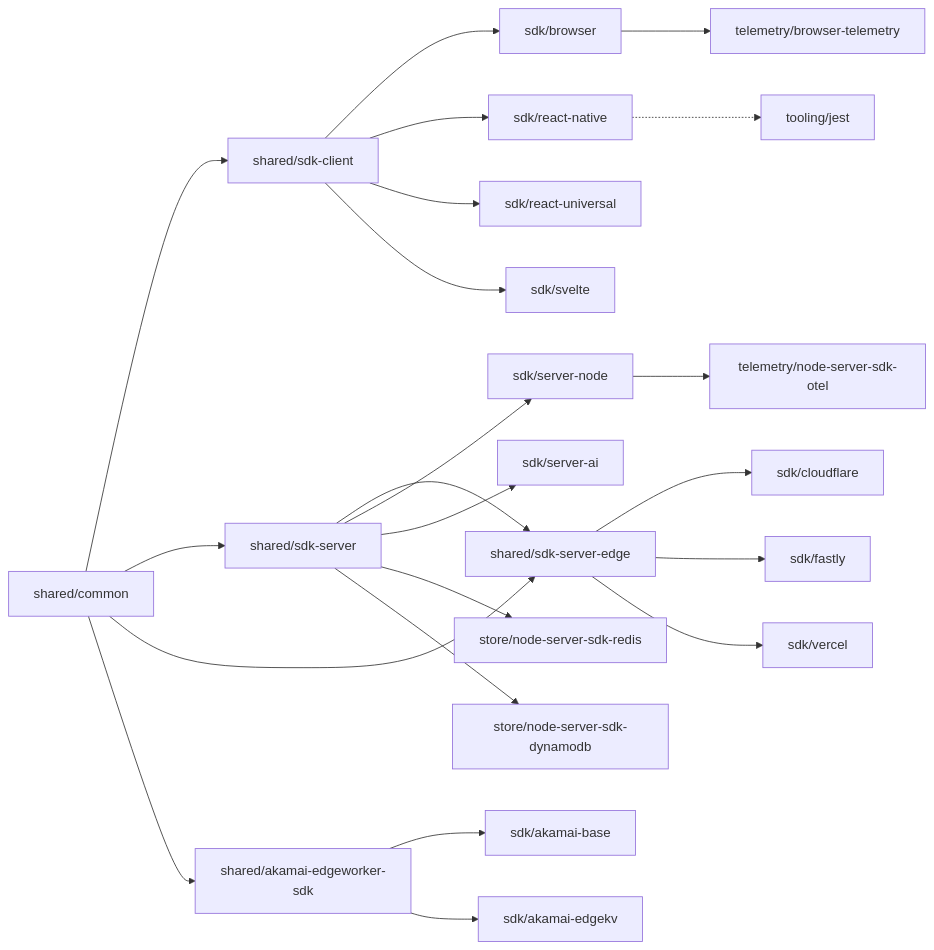
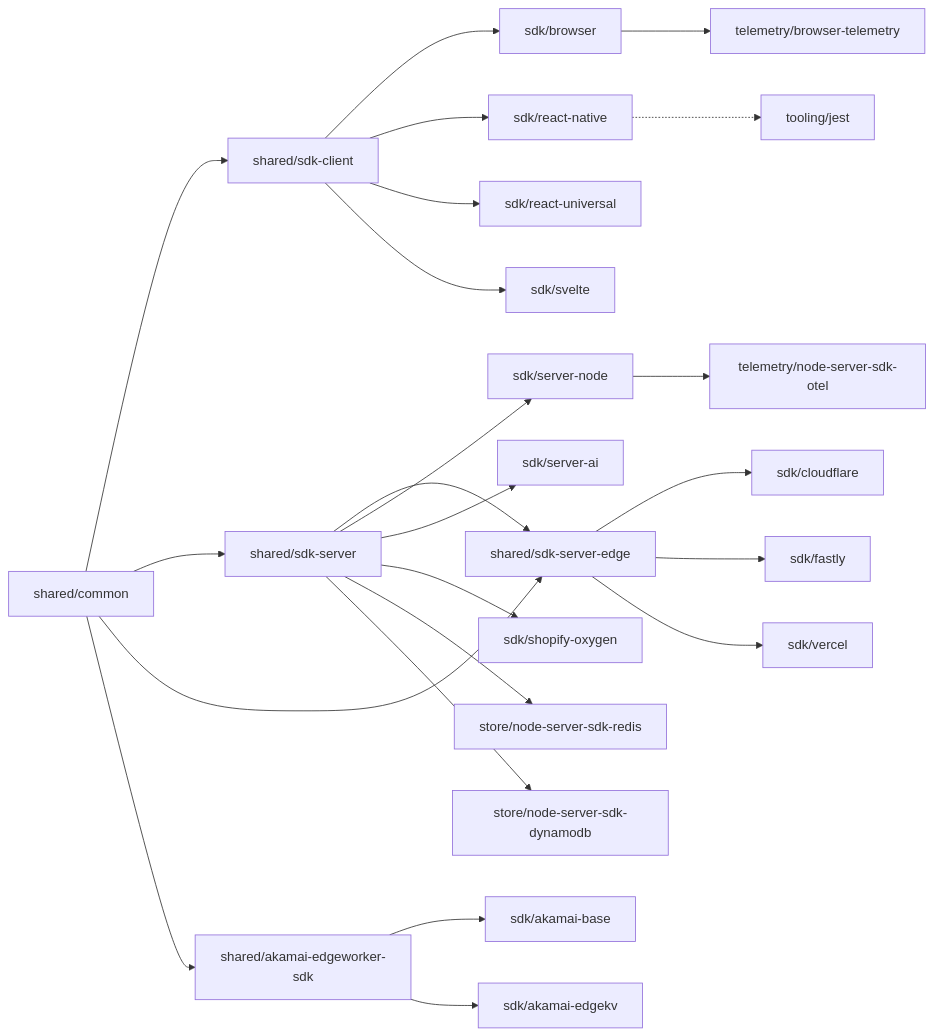
Before and after one commit to launchdarkly/js-core: the diagram in CONTRIBUTING.md, drawn with Mermaid. The commit also changed 2 other files, not shown here.

Commit message:
docs: adding oxygen to contributing docs

````diff
--- a/CONTRIBUTING.md
+++ b/CONTRIBUTING.md
@@ -146,73 +146,75 @@
 ```mermaid
 flowchart LR
     %% Shared packages
     common[shared/common]
     sdk-client[shared/sdk-client]
     sdk-server[shared/sdk-server]
     sdk-server-edge[shared/sdk-server-edge]
     akamai-edgeworker[shared/akamai-edgeworker-sdk]
 
     %% SDK packages
     server-node[sdk/server-node]
     cloudflare[sdk/cloudflare]
     fastly[sdk/fastly]
     react-native[sdk/react-native]
     browser[sdk/browser]
     vercel[sdk/vercel]
     akamai-base[sdk/akamai-base]
     akamai-edgekv[sdk/akamai-edgekv]
     server-ai[sdk/server-ai]
     react-universal[sdk/react-universal]
     svelte[sdk/svelte]
+    shopify-oxygen[sdk/shopify-oxygen]
 
     %% Store packages
     redis[store/node-server-sdk-redis]
     dynamodb[store/node-server-sdk-dynamodb]
 
     %% Telemetry packages
     node-otel[telemetry/node-server-sdk-otel]
     browser-telemetry[telemetry/browser-telemetry]
 
     %% Tooling packages
     jest[tooling/jest]
 
     %% Dependencies between shared packages
     common --> sdk-client
     common --> sdk-server
     common --> sdk-server-edge
     common --> akamai-edgeworker
     sdk-server --> sdk-server-edge
     
     %% Dependencies for SDK packages
     sdk-client --> browser
     sdk-client --> react-native
     sdk-client --> react-universal
     sdk-client --> svelte
     
     sdk-server --> server-node
     sdk-server --> server-ai
+    sdk-server --> shopify-oxygen
     
     sdk-server-edge --> cloudflare
     sdk-server-edge --> fastly
     sdk-server-edge --> vercel
     
     akamai-edgeworker --> akamai-base
     akamai-edgeworker --> akamai-edgekv
     
     %% Dependencies for store packages
     sdk-server --> redis
     sdk-server --> dynamodb
     
     %% Dependencies for telemetry packages
     server-node --> node-otel
     browser --> browser-telemetry
     
     %% Dependencies for tooling packages
     react-native -.-> jest
     
     class common,sdk-client,sdk-server,sdk-server-edge,akamai-edgeworker shared
     class server-node,cloudflare,fastly,react-native,browser,vercel,akamai-base,akamai-edgekv,server-ai,react-universal,svelte sdk
     class redis,dynamodb store
     class node-otel,browser-telemetry telemetry
     class jest tooling
 ```
````
